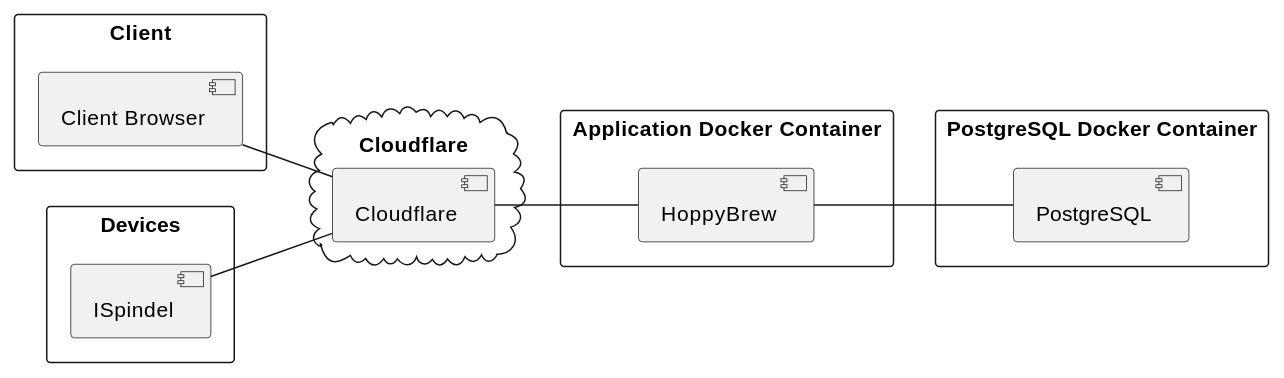
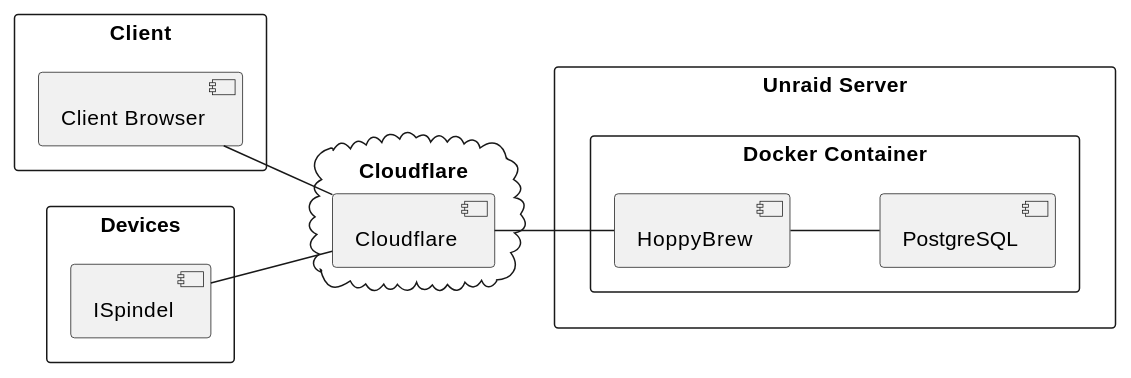
The fifth of 5 diagrams in documents/01-Conception-Phase/00-HoppyBrew.md (asbor/iu-project-software-engineering), drawn with PlantUML before and after one commit. The commit also changed 3 other files, not shown here.

```diff
--- a/documents/01-Conception-Phase/00-HoppyBrew.md
+++ b/documents/01-Conception-Phase/00-HoppyBrew.md
@@ -565,30 +565,32 @@
 @startuml 05-black-box-overall-system
 
 left to right direction
 
 rectangle "Client" {
     component "Client Browser" as client_browser
 }
 
 rectangle "Devices" {
     component "ISpindel" as iSpindel
 }
 
 cloud "Cloudflare" {
     component "Cloudflare" as cloudflare
 }
+rectangle "Unraid Server" {
+    rectangle "Docker Container" {
+    component "HoppyBrew" as hoppybrew
+    }
 
-rectangle "Application Docker Container" {
-    component "HoppyBrew" as hoppybrew
+    rectangle "Docker Container" {
+        component "PostgreSQL" as postgres
+    }
 }
 
-rectangle "PostgreSQL Docker Container" {
-    component "PostgreSQL" as postgres
-}
 
 client_browser -- cloudflare
 iSpindel -- cloudflare
 cloudflare -- hoppybrew
 hoppybrew -- postgres
 
 @enduml
```
